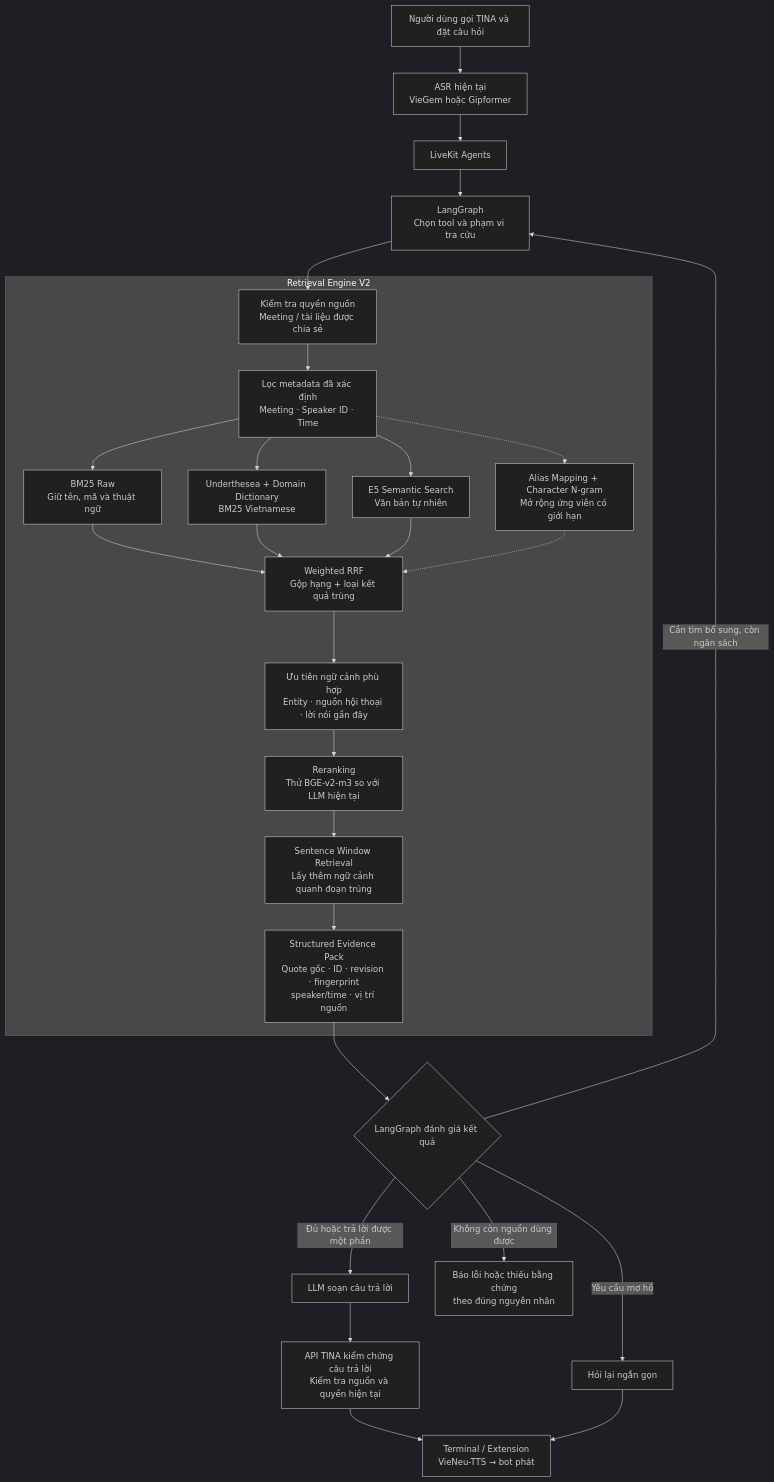
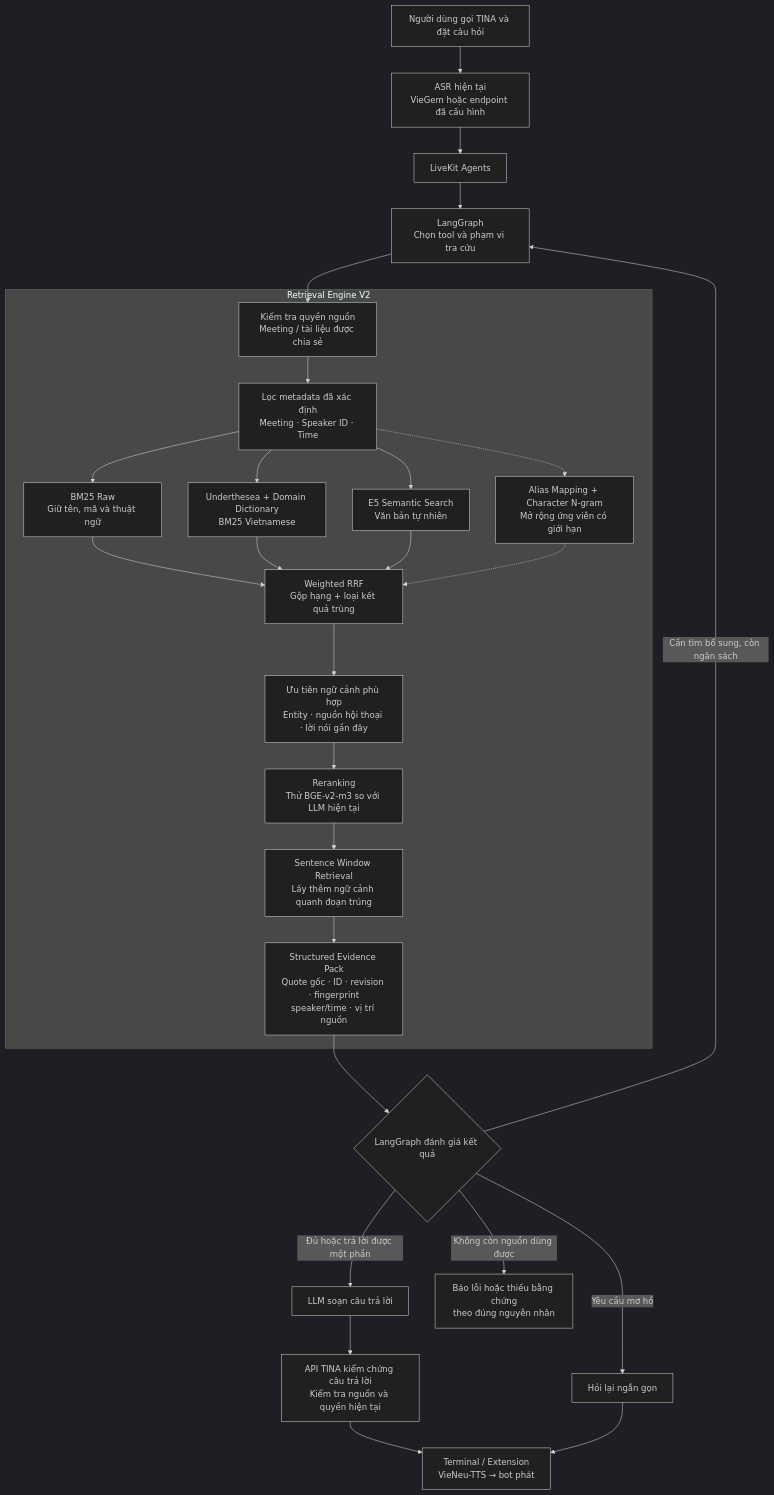
Before and after one commit to poor-frog/TINA: the fourth of 4 diagrams in docs/tina-voice-pipeline.md, drawn with Mermaid (dark theme). The commit also changed other lines of this file and 196 other files, not shown here.

````diff
--- a/docs/tina-voice-pipeline.md
+++ b/docs/tina-voice-pipeline.md
@@ -209,53 +209,53 @@
 ```mermaid
 flowchart TD
     AUDIO["Người dùng gọi TINA và đặt câu hỏi"]
-    AUDIO --> ASR["ASR hiện tại<br/>VieGem hoặc Gipformer"]
+    AUDIO --> ASR["ASR hiện tại<br/>VieGem hoặc endpoint đã cấu hình"]
     ASR --> LK["LiveKit Agents"]
     LK --> GRAPH["LangGraph<br/>Chọn tool và phạm vi tra cứu"]
 
     subgraph RETRIEVAL["Retrieval Engine V2"]
         SCOPE["Kiểm tra quyền nguồn<br/>Meeting / tài liệu được chia sẻ"]
         FILTER["Lọc metadata đã xác định<br/>Meeting · Speaker ID · Time"]
 
         RAW["BM25 Raw<br/>Giữ tên, mã và thuật ngữ"]
         VI["Underthesea + Domain Dictionary<br/>BM25 Vietnamese"]
         DENSE["E5 Semantic Search<br/>Văn bản tự nhiên"]
         FUZZY["Alias Mapping + Character N-gram<br/>Mở rộng ứng viên có giới hạn"]
 
         FUSION["Weighted RRF<br/>Gộp hạng + loại kết quả trùng"]
         BOOST["Ưu tiên ngữ cảnh phù hợp<br/>Entity · nguồn hội thoại · lời nói gần đây"]
         RERANK["Reranking<br/>Thử BGE-v2-m3 so với LLM hiện tại"]
         WINDOW["Sentence Window Retrieval<br/>Lấy thêm ngữ cảnh quanh đoạn trúng"]
         PACK["Structured Evidence Pack<br/>Quote gốc · ID · revision · fingerprint<br/>speaker/time · vị trí nguồn"]
 
         SCOPE --> FILTER
         FILTER --> RAW
         FILTER --> VI
         FILTER --> DENSE
         FILTER -.-> FUZZY
 
         RAW --> FUSION
         VI --> FUSION
         DENSE --> FUSION
         FUZZY -.-> FUSION
 
         FUSION --> BOOST
         BOOST --> RERANK
         RERANK --> WINDOW
         WINDOW --> PACK
     end
 
     GRAPH --> SCOPE
     PACK --> ASSESS{"LangGraph đánh giá kết quả"}
 
     ASSESS -->|"Cần tìm bổ sung, còn ngân sách"| GRAPH
     ASSESS -->|"Đủ hoặc trả lời được một phần"| LLM["LLM soạn câu trả lời"]
     ASSESS -->|"Yêu cầu mơ hồ"| ASK["Hỏi lại ngắn gọn"]
     ASSESS -->|"Không còn nguồn dùng được"| ERROR["Báo lỗi hoặc thiếu bằng chứng<br/>theo đúng nguyên nhân"]
 
     LLM --> VERIFY["API TINA kiểm chứng câu trả lời<br/>Kiểm tra nguồn và quyền hiện tại"]
     VERIFY --> OUTPUT["Terminal / Extension<br/>VieNeu-TTS → bot phát"]
     ASK --> OUTPUT
 
 
 ```
````
